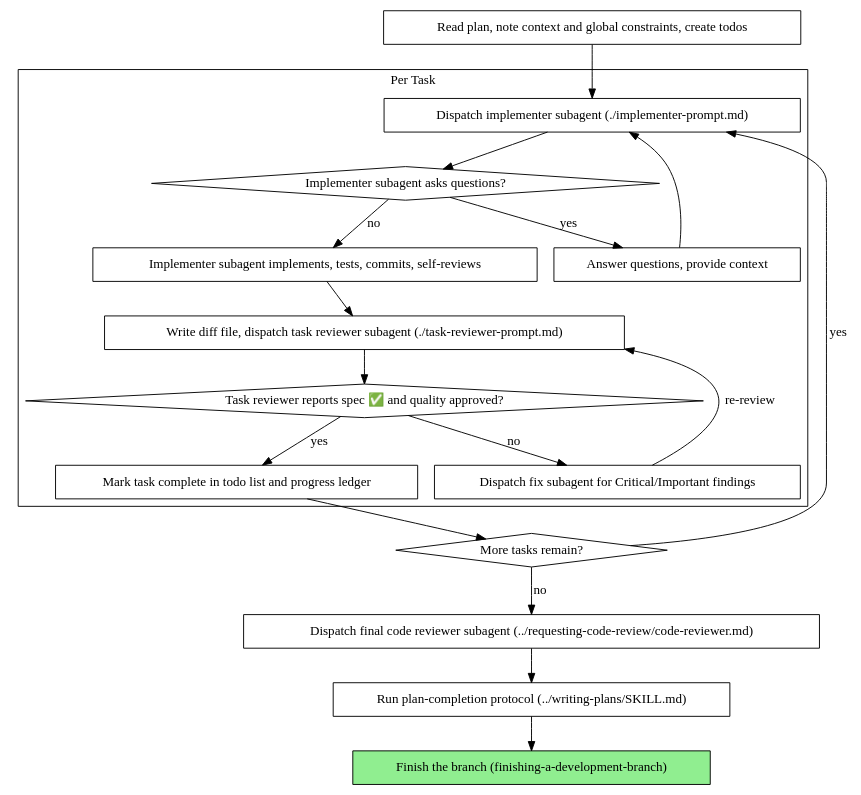
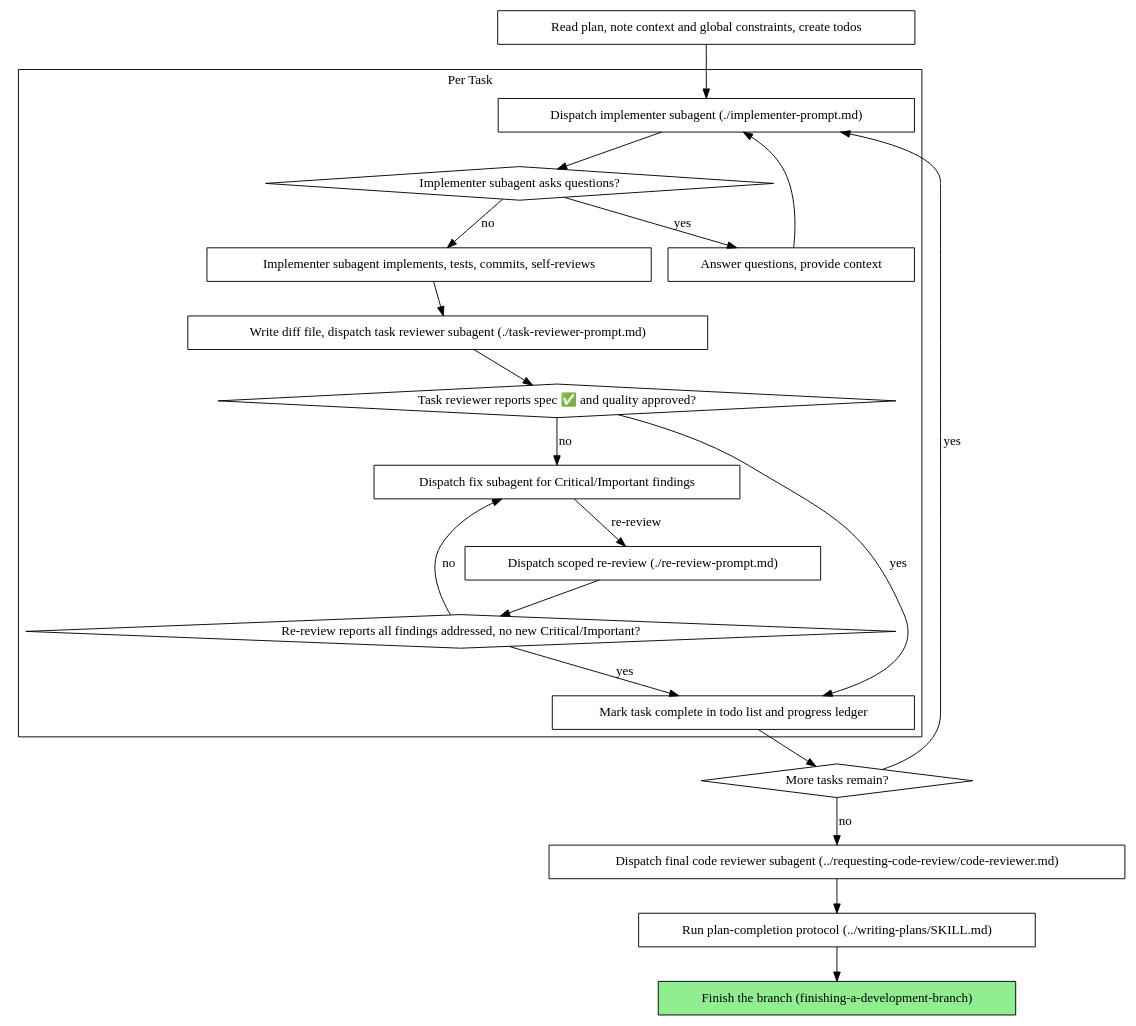
The second of 2 diagrams in skills/subagent-driven-development/SKILL.md (lowmason/agent-skills), drawn with Graphviz before and after one commit. The commit also changed other lines of this file and 1 other file, not shown here.

````diff
--- a/skills/subagent-driven-development/SKILL.md
+++ b/skills/subagent-driven-development/SKILL.md
@@ -52,39 +52,44 @@
 ```dot
 digraph process {
     rankdir=TB;
 
     subgraph cluster_per_task {
         label="Per Task";
         "Dispatch implementer subagent (./implementer-prompt.md)" [shape=box];
         "Implementer subagent asks questions?" [shape=diamond];
         "Answer questions, provide context" [shape=box];
         "Implementer subagent implements, tests, commits, self-reviews" [shape=box];
         "Write diff file, dispatch task reviewer subagent (./task-reviewer-prompt.md)" [shape=box];
         "Task reviewer reports spec ✅ and quality approved?" [shape=diamond];
         "Dispatch fix subagent for Critical/Important findings" [shape=box];
+        "Dispatch scoped re-review (./re-review-prompt.md)" [shape=box];
+        "Re-review reports all findings addressed, no new Critical/Important?" [shape=diamond];
         "Mark task complete in todo list and progress ledger" [shape=box];
     }
 
     "Read plan, note context and global constraints, create todos" [shape=box];
     "More tasks remain?" [shape=diamond];
     "Dispatch final code reviewer subagent (../requesting-code-review/code-reviewer.md)" [shape=box];
     "Run plan-completion protocol (../writing-plans/SKILL.md)" [shape=box];
     "Finish the branch (finishing-a-development-branch)" [shape=box style=filled fillcolor=lightgreen];
 
     "Read plan, note context and global constraints, create todos" -> "Dispatch implementer subagent (./implementer-prompt.md)";
     "Dispatch implementer subagent (./implementer-prompt.md)" -> "Implementer subagent asks questions?";
     "Implementer subagent asks questions?" -> "Answer questions, provide context" [label="yes"];
     "Answer questions, provide context" -> "Dispatch implementer subagent (./implementer-prompt.md)";
     "Implementer subagent asks questions?" -> "Implementer subagent implements, tests, commits, self-reviews" [label="no"];
     "Implementer subagent implements, tests, commits, self-reviews" -> "Write diff file, dispatch task reviewer subagent (./task-reviewer-prompt.md)";
     "Write diff file, dispatch task reviewer subagent (./task-reviewer-prompt.md)" -> "Task reviewer reports spec ✅ and quality approved?";
     "Task reviewer reports spec ✅ and quality approved?" -> "Dispatch fix subagent for Critical/Important findings" [label="no"];
-    "Dispatch fix subagent for Critical/Important findings" -> "Write diff file, dispatch task reviewer subagent (./task-reviewer-prompt.md)" [label="re-review"];
     "Task reviewer reports spec ✅ and quality approved?" -> "Mark task complete in todo list and progress ledger" [label="yes"];
+    "Dispatch fix subagent for Critical/Important findings" -> "Dispatch scoped re-review (./re-review-prompt.md)" [label="re-review"];
+    "Dispatch scoped re-review (./re-review-prompt.md)" -> "Re-review reports all findings addressed, no new Critical/Important?";
+    "Re-review reports all findings addressed, no new Critical/Important?" -> "Dispatch fix subagent for Critical/Important findings" [label="no"];
+    "Re-review reports all findings addressed, no new Critical/Important?" -> "Mark task complete in todo list and progress ledger" [label="yes"];
     "Mark task complete in todo list and progress ledger" -> "More tasks remain?";
     "More tasks remain?" -> "Dispatch implementer subagent (./implementer-prompt.md)" [label="yes"];
     "More tasks remain?" -> "Dispatch final code reviewer subagent (../requesting-code-review/code-reviewer.md)" [label="no"];
     "Dispatch final code reviewer subagent (../requesting-code-review/code-reviewer.md)" -> "Run plan-completion protocol (../writing-plans/SKILL.md)";
     "Run plan-completion protocol (../writing-plans/SKILL.md)" -> "Finish the branch (finishing-a-development-branch)";
 }
 ```
````
